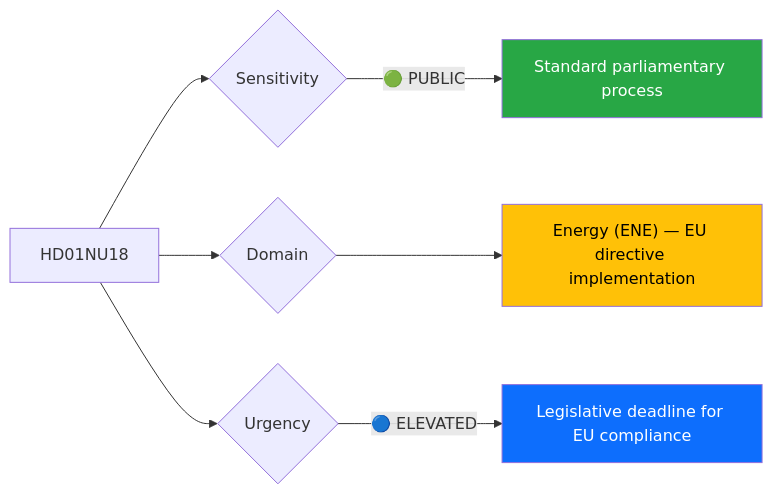
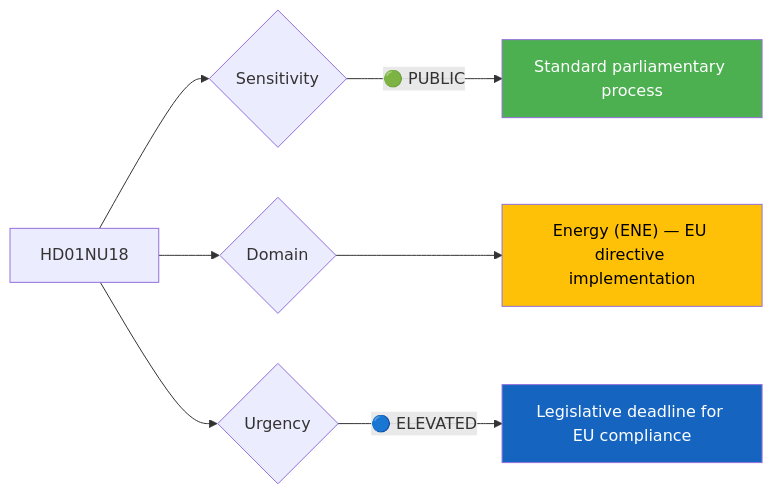
Before and after one commit to Hack23/riksdagsmonitor: the diagram in analysis/daily/2026-04-09/committeeReports/documents/hd01nu18-analysis.md, drawn with Mermaid. The commit also changed 785 other files, not shown here.

First line of the commit message:
Normalize mermaid colors across 786 analysis artifacts to ISMS Style Guide palette

````diff
--- a/analysis/daily/2026-04-09/committeeReports/documents/hd01nu18-analysis.md
+++ b/analysis/daily/2026-04-09/committeeReports/documents/hd01nu18-analysis.md
@@ -16,13 +16,13 @@
 ```mermaid
 graph LR
     A["HD01NU18"] --> B{"Sensitivity"}
     B -->|"🟢 PUBLIC"| C["Standard parliamentary process"]
     A --> D{"Domain"}
     D --> E["Energy (ENE) — EU directive implementation"]
     A --> F{"Urgency"}
     F -->|"🔵 ELEVATED"| G["Legislative deadline for EU compliance"]
     
-    style C fill:#28a745,color:#fff
-    style E fill:#ffc107,color:#000
-    style G fill:#0d6efd,color:#fff
+    style C fill:#4CAF50,color:#FFFFFF
+    style E fill:#FFC107,color:#000000
+    style G fill:#1565C0,color:#FFFFFF
 ```
````
